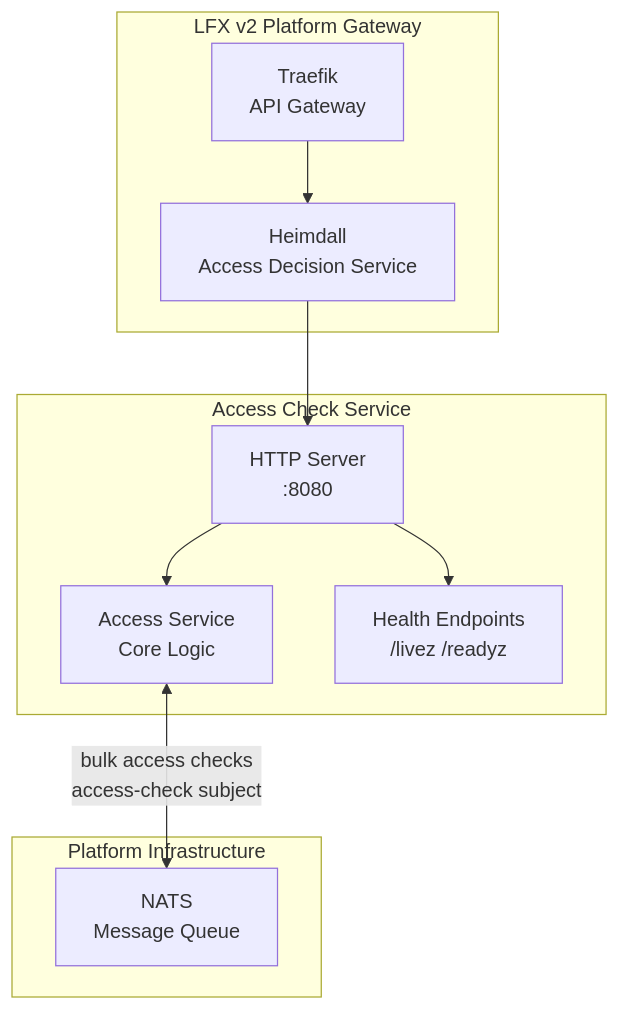
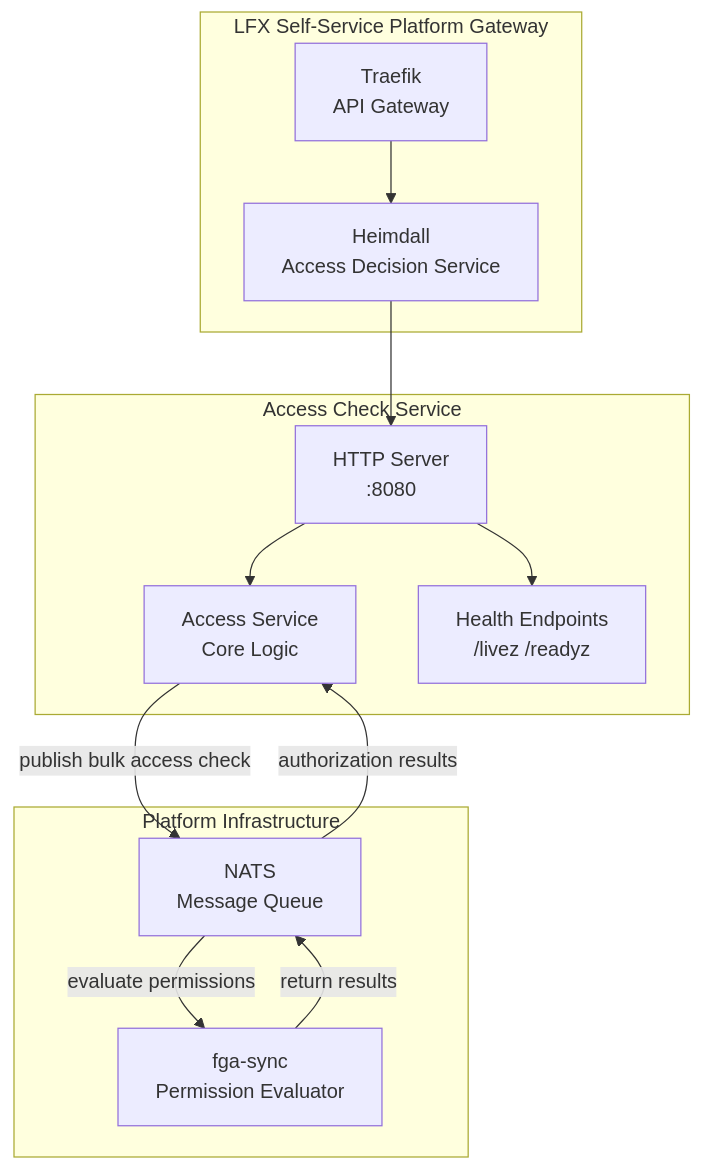
Before and after one commit to linuxfoundation/lfx-v2-access-check: the first of 2 diagrams in README.md, drawn with Mermaid. The commit also changed other lines of this file and 1 other file, not shown here.

````diff
--- a/README.md
+++ b/README.md
@@ -18,24 +18,28 @@
 ```mermaid
 graph TB
-    subgraph "LFX v2 Platform Gateway"
+    subgraph "LFX Self-Service Platform Gateway"
         T[Traefik<br/>API Gateway]
         H[Heimdall<br/>Access Decision Service]
     end
 
     subgraph "Access Check Service"
         AC[HTTP Server<br/>:8080]
         AS[Access Service<br/>Core Logic]
         HE[Health Endpoints<br/>/livez /readyz]
     end
 
     subgraph "Platform Infrastructure"
         N[NATS<br/>Message Queue]
+        FGA[fga-sync<br/>Permission Evaluator]
     end
 
     T --> H
     H --> AC
     AC --> AS
     AC --> HE
-    
-    AS <-->|bulk access checks<br/>access-check subject| N
+
+    AS -->|publish bulk access check| N
+    N -->|evaluate permissions| FGA
+    FGA -->|return results| N
+    N -->|authorization results| AS
 ```
````
